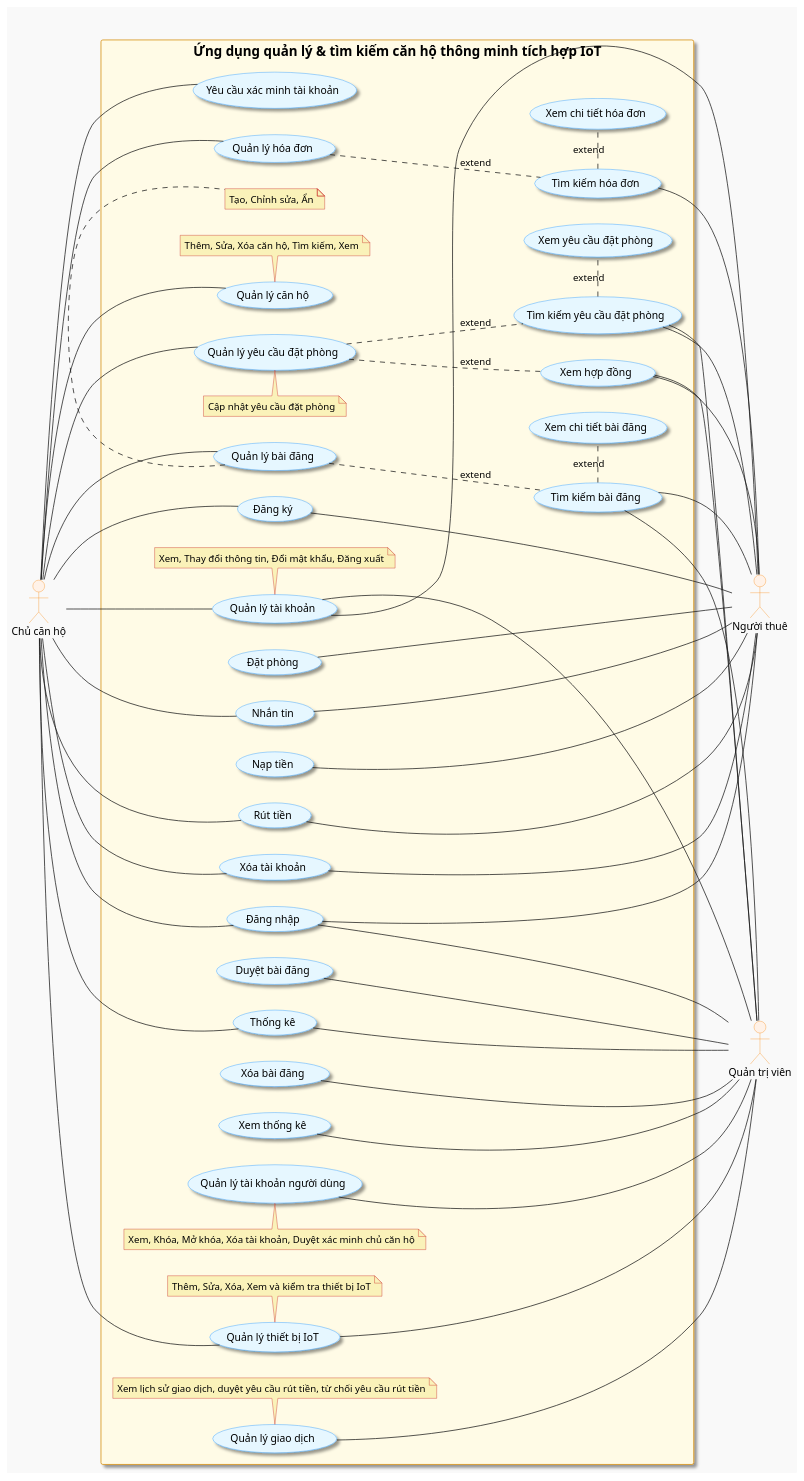
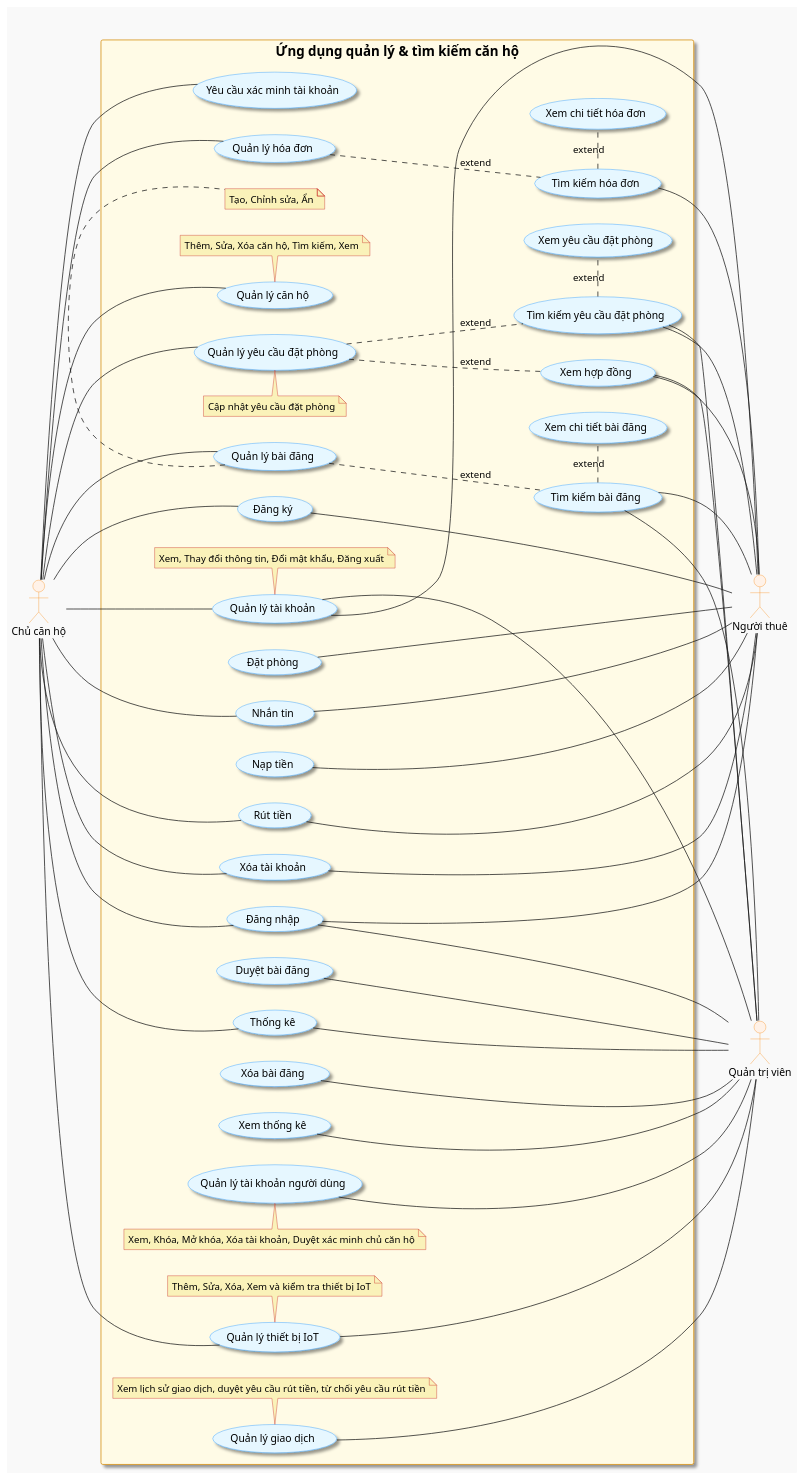
The diagram in diagrams/usecase.puml (nho-moi-so/quan-ly-tim-kiem-phong-tro), drawn with PlantUML before and after one commit. The commit also changed 13 other files, not shown here.

```diff
--- a/diagrams/usecase.puml
+++ b/diagrams/usecase.puml
@@ -2,161 +2,161 @@
 @startuml usecase-diagram
 skinparam shadowing false
 skinparam backgroundColor #f9f9f9
 skinparam usecase {
     BackgroundColor #e6f7ff
     BorderColor #1890ff
     FontColor #000000
     FontSize 14
     Shadowing true
 }
 skinparam actor {
     BackgroundColor #fff2e8
     BorderColor #fa8c16
     FontColor #000000
     FontSize 14
 }
 skinparam rectangle {
     BackgroundColor #fffbe6
     BorderColor #d48806
     FontColor #000000
     FontSize 18
     Shadowing true
 }
 skinparam note{
     BackgroundColor #faf2b9
     BorderColor #c51c1c
 }
 left to right direction
 
 actor "Quản trị viên" as Admin
 actor "Người thuê" as Guest
 actor "Chủ căn hộ" as Owner
 
-rectangle "Ứng dụng quản lý & tìm kiếm căn hộ thông minh tích hợp IoT"{
+rectangle "Ứng dụng quản lý & tìm kiếm căn hộ"{
 ' Các chức năng của Chủ căn hộ
 ' usecase "Đăng xuất" as logout
 usecase "Đăng nhập" as login
 usecase "Đăng ký" as register
 usecase "Quản lý tài khoản" as manage_account
 note bottom of manage_account: Xem, Thay đổi thông tin, Đổi mật khẩu, Đăng xuất
 usecase "Yêu cầu xác minh tài khoản" as request_owner_verification
 
 usecase "Nạp tiền" as deposit
 usecase "Rút tiền" as withdraw
 usecase "Xóa tài khoản" as delete_account
 usecase "Quản lý căn hộ" as manage_apartment
 note bottom of manage_apartment: Thêm, Sửa, Xóa căn hộ, Tìm kiếm, Xem
 ' usecase "Kết nối khóa cửa IoT" as connect_iot_lock
 ' manage_apartment .. connect_iot_lock: extend
 
 usecase "Quản lý yêu cầu đặt phòng" as manage_booking
 note top of manage_booking: Cập nhật yêu cầu đặt phòng
 usecase "Xem hợp đồng" as view_booking_contract
 manage_booking .. view_booking_contract: extend
 usecase "Quản lý hóa đơn" as manage_invoice
 ' note bottom of manage_invoice: Hoàn tiền
 usecase "Quản lý bài đăng" as manage_post
 note bottom of manage_post: Tạo, Chỉnh sửa, Ẩn
 usecase "Xóa bài đăng" as delete_post
 usecase "Nhắn tin" as messaging
 usecase "Thống kê" as statistics
 
 ' usecase "Xác thực dữ liệu đặt phòng" as verify_booking_data
 ' view_booking_contract .. verify_booking_data: extend
 
 ' Các chức năng của Người thuê
 ' usecase "Quản lý tài khoản" as manage_account
 ' usecase "Đăng xuất" as logout
 ' usecase "Đăng nhập" as login
 ' usecase "Đăng ký" as register
 ' usecase "Tìm kiếm căn hộ" as search_apartment
 ' usecase "Xem chi tiết căn hộ" as view_apartment_details
 ' manage_apartment .. search_apartment: extend
 ' search_apartment . view_apartment_details: extend
 
 usecase "Đặt phòng" as book_apartment
 ' usecase "Hủy đặt phòng" as cancel_booking
 
 usecase "Tìm kiếm yêu cầu đặt phòng" as search_booking
 manage_booking .. search_booking: extend
 usecase "Xem yêu cầu đặt phòng" as view_booking_requests
 search_booking . view_booking_requests: extend
 
 
 usecase "Tìm kiếm hóa đơn" as search_invoices
 manage_invoice .. search_invoices: extend
 usecase "Xem chi tiết hóa đơn" as view_invoice_details
 search_invoices . view_invoice_details: extend
 usecase "Tìm kiếm bài đăng" as search_posts
 manage_post .. search_posts: extend
 usecase "Xem chi tiết bài đăng" as view_post_details
 search_posts . view_post_details: extend
 ' usecase "Nhắn tin" as messaging
 
 ' usecase "Báo cáo vi phạm" as report_violation
 
 ' Các chức năng của Quản trị viên
 usecase "Quản lý tài khoản người dùng" as manage_user_accounts
 note top of manage_user_accounts: Xem, Khóa, Mở khóa, Xóa tài khoản, Duyệt xác minh chủ căn hộ
 ' usecase "Đăng xuất" as logout
 ' usecase "Đăng nhập" as login
 ' usecase "Đổi mật khẩu" as change_password
 ' manage_account .. change_password: extend
 'usecase "Quản lý bài đăng" as manage_post
 usecase "Duyệt bài đăng" as approve_posts
 ' usecase "Thống kê" as statistics
 usecase "Xem thống kê" as view_statistics
 usecase "Quản lý thiết bị IoT" as manage_iot_devices
 note bottom of manage_iot_devices: Thêm, Sửa, Xóa, Xem và kiểm tra thiết bị IoT
 usecase "Quản lý giao dịch" as manage_transactions
 note bottom of manage_transactions: Xem lịch sử giao dịch, duyệt yêu cầu rút tiền, từ chối yêu cầu rút tiền
 ' nối các usecase
 'Chủ căn hộ
 (Owner) -- (login)
 (Owner) -- (register)
 (Owner) -- (manage_account)
 (request_owner_verification) - (Owner)
 (Owner) -- (manage_apartment)
 (Owner) -- (manage_booking)
 (Owner) -- (manage_invoice)
 (Owner) -- (manage_post)
 (Owner) -- (messaging)
 (Owner) -- (statistics)
 (Owner) -- (manage_iot_devices)
 ' (Owner) -- (connect_iot_lock)
 (Owner) -- (withdraw)
 (Owner) -- (delete_account)
 
 
 'Người thuê
 (register) - (Guest)
 (login) - (Guest)
 (manage_account) -- (Guest)
 (search_posts) -- (Guest)
 (book_apartment) - (Guest)
 ' (cancel_booking) - (Guest)
 (search_booking) -- (Guest)
 (search_invoices) -- (Guest)
 (view_booking_contract) -- (Guest)
 (messaging) - (Guest)
 ' (report_violation) - (Guest)
 (deposit) - (Guest)
 (withdraw) - (Guest)
 (delete_account) - (Guest)
 
 'Quản trị viên
 (login) --- (Admin)
 (manage_user_accounts) - (Admin)
 (manage_account) -- (Admin)
 (search_posts) -- (Admin)
 (approve_posts) - (Admin)
 (delete_post) -- (Admin)
 ' (change_password) -- (Admin)
 (statistics) - (Admin)
 (view_statistics) -- (Admin)
 (manage_iot_devices) - (Admin)
 (search_booking) -- (Admin)
 (view_booking_contract) -- (Admin)
 (manage_transactions) - (Admin)
 }
 @enduml
```
